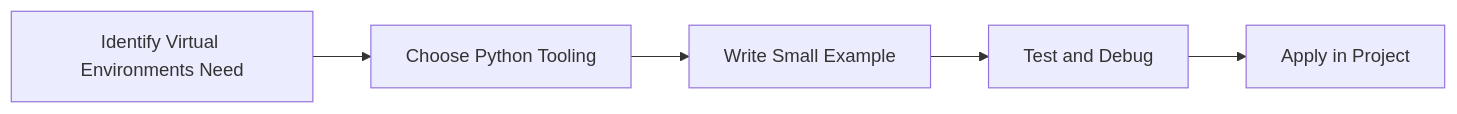
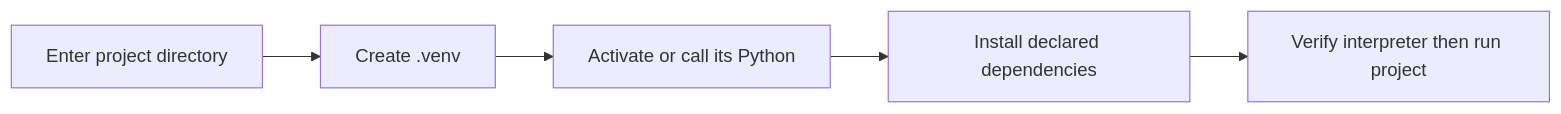
Before and after one commit to SYMOIZ/E-Learning-Portal: the diagram in Python-Mastery/Beginner/34-virtual-environments.md, drawn with Mermaid. The commit also changed other lines of this file and 116 other files, not shown here.

````diff
--- a/Python-Mastery/Beginner/34-virtual-environments.md
+++ b/Python-Mastery/Beginner/34-virtual-environments.md
@@ -128,7 +149,12 @@
 ```mermaid
 flowchart LR
-    A[Identify Virtual Environments Need] --> B[Choose Python Tooling]
-    B --> C[Write Small Example]
-    C --> D[Test and Debug]
-    D --> E[Apply in Project]
+    A[Enter project directory]
+    B[Create .venv]
+    C[Activate or call its Python]
+    D[Install declared dependencies]
+    E[Verify interpreter then run project]
+    A --> B
+    B --> C
+    C --> D
+    D --> E
 ```
````
